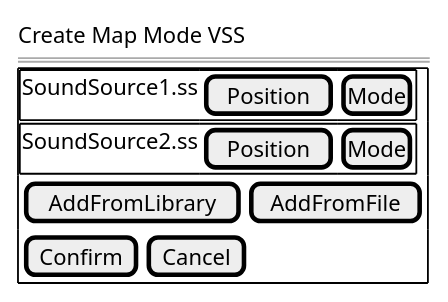
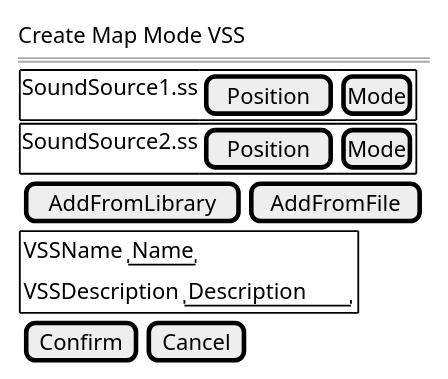
Before and after one commit to kpp19920121/doc: diagram 11 of 28 in 设计/顺序图.md, drawn with PlantUML. The commit also changed 2 other files, not shown here.

Commit message:
更新UI盐图
开始进行两个CreateVSS的ViewModel设计

````diff
--- a/设计/顺序图.md
+++ b/设计/顺序图.md
@@ -339,18 +339,22 @@
 ```plantUML
 @startsalt
 {
   Create Map Mode VSS
   ==
-  {+
+  {
     {+
       SoundSource1.ss | [Position] | [Mode]
     }
     {+
       SoundSource2.ss | [Position] | [Mode]
     }
     {[AddFromLibrary] | [AddFromFile]}
+    {+
+      {VSSName | "Name"}
+      {VSSDescription | "Description"}
+    }
     {[Confirm] | [Cancel]}
   }
 }
 @endsalt
 ```
````
